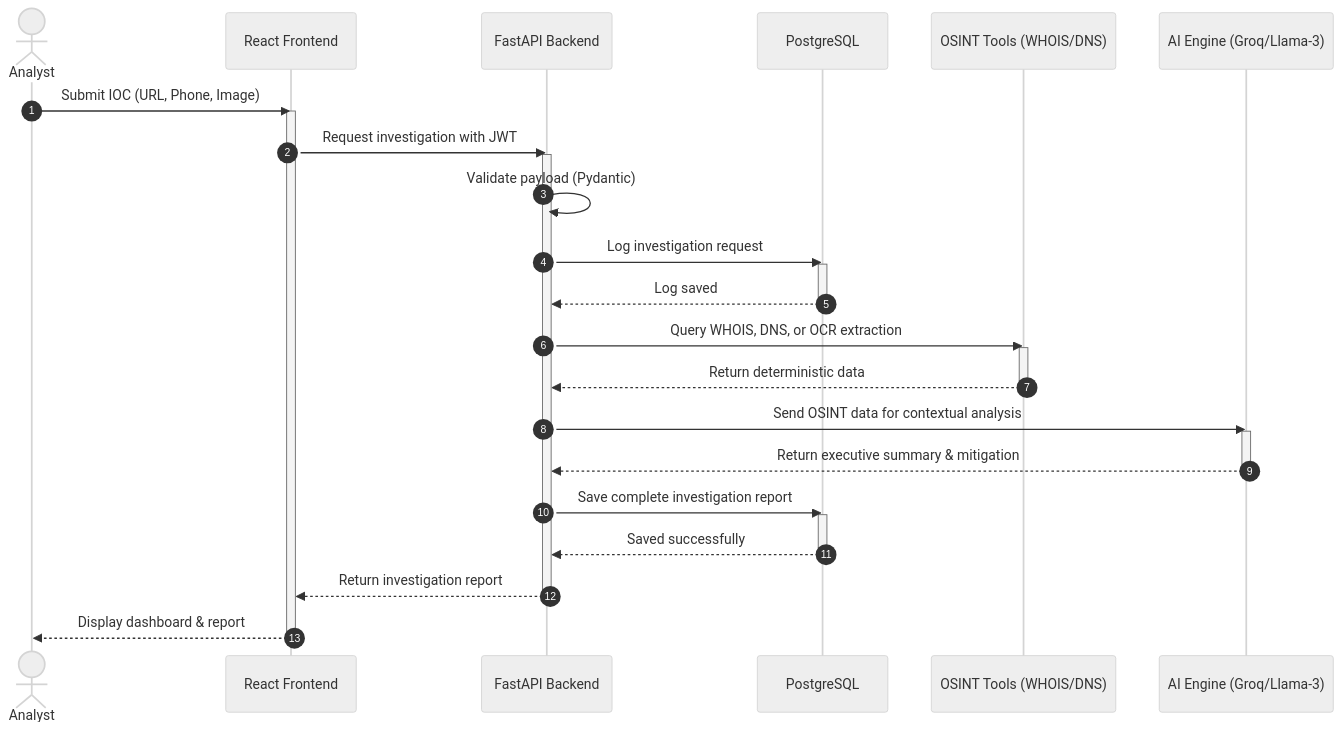
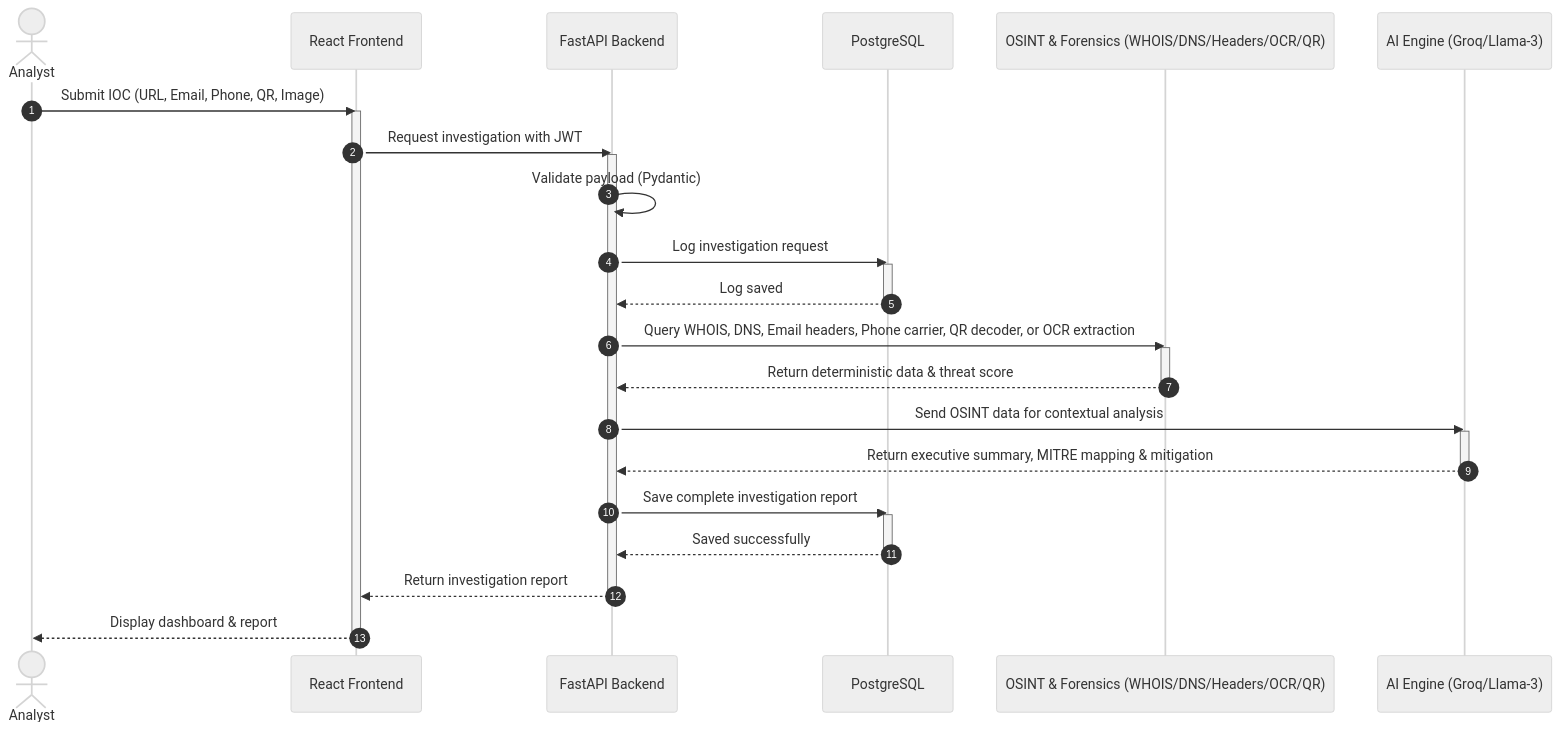
Before and after one commit to Yug1275/ThreatLens-AI: the diagram in README.md, drawn with Mermaid (neutral theme). The commit also changed other lines of this file and 1 other file, not shown here.

Commit message:
Update readme with architectur diagram

````diff
--- a/README.md
+++ b/README.md
@@ -165,47 +140,47 @@
 ```mermaid
 sequenceDiagram
     autonumber
     actor Analyst
     participant Frontend as React Frontend
     participant Backend as FastAPI Backend
     participant DB as PostgreSQL
-    participant OSINT as OSINT Tools (WHOIS/DNS)
+    participant OSINT as OSINT & Forensics (WHOIS/DNS/Headers/OCR/QR)
     participant AI as AI Engine (Groq/Llama-3)
 
     %% 1. Analyst initiates investigation
-    Analyst->>Frontend: Submit IOC (URL, Phone, Image)
+    Analyst->>Frontend: Submit IOC (URL, Email, Phone, QR, Image)
     activate Frontend
     Frontend->>Backend: Request investigation with JWT
     activate Backend
     
     %% 2. Validate and Save Request
     Backend->>Backend: Validate payload (Pydantic)
     Backend->>DB: Log investigation request
     activate DB
     DB-->>Backend: Log saved
     deactivate DB
     
     %% 3. Deterministic OSINT Gathering
-    Backend->>OSINT: Query WHOIS, DNS, or OCR extraction
+    Backend->>OSINT: Query WHOIS, DNS, Email headers, Phone carrier, QR decoder, or OCR extraction
     activate OSINT
-    OSINT-->>Backend: Return deterministic data
+    OSINT-->>Backend: Return deterministic data & threat score
     deactivate OSINT
     
     %% 4. AI Contextual Analysis
     Backend->>AI: Send OSINT data for contextual analysis
     activate AI
-    AI-->>Backend: Return executive summary & mitigation
+    AI-->>Backend: Return executive summary, MITRE mapping & mitigation
     deactivate AI
     
     %% 5. Save Results
     Backend->>DB: Save complete investigation report
     activate DB
     DB-->>Backend: Saved successfully
     deactivate DB
     
     %% 6. Return Data
     Backend-->>Frontend: Return investigation report
     deactivate Backend
     Frontend-->>Analyst: Display dashboard & report
     deactivate Frontend
 ```
````
